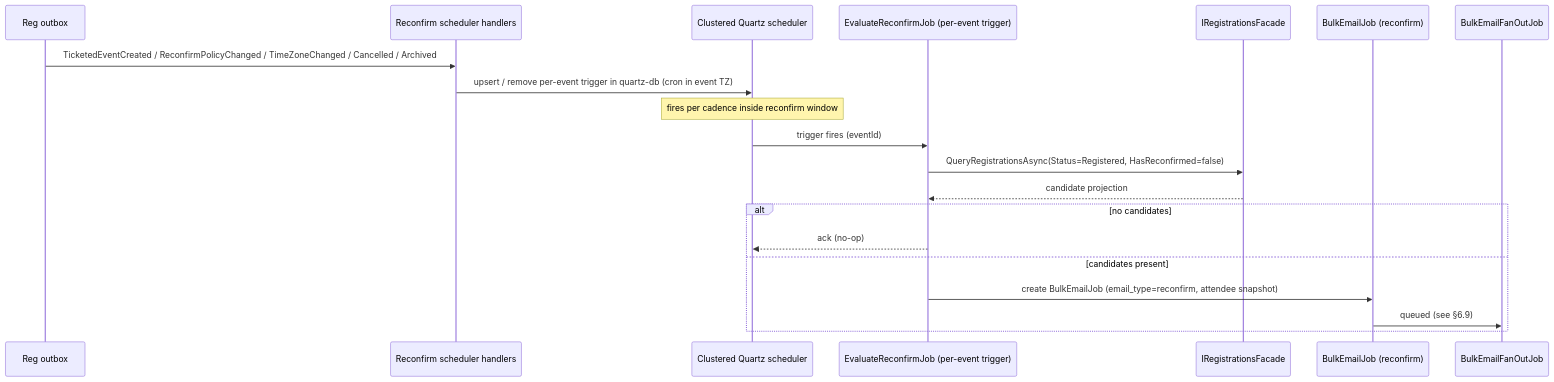
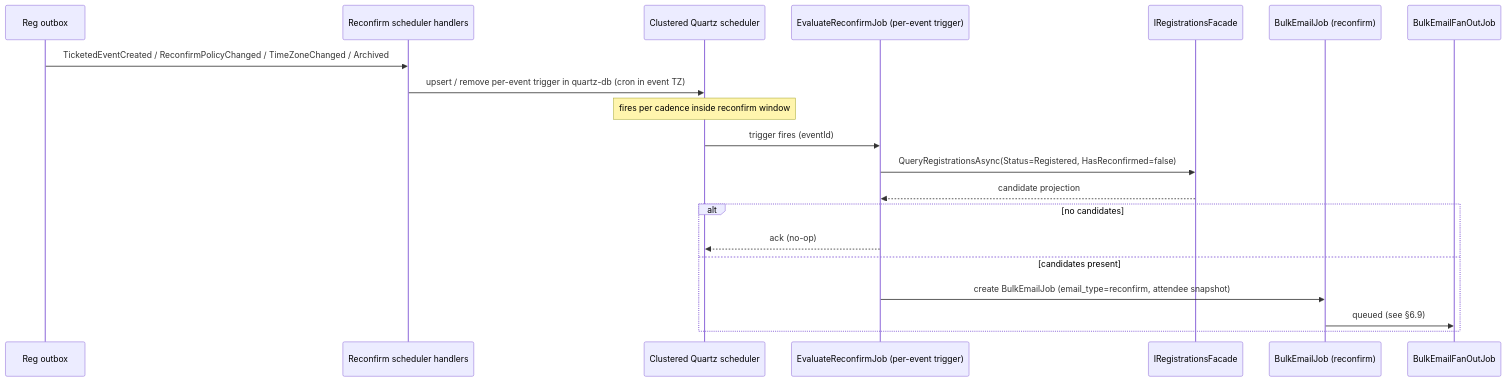
The ninth of 11 diagrams in docs/arc42/06-runtime-view.md (amolenk/Admitto), drawn with Mermaid before and after one commit. The commit also changed other lines of this file and 7 other files, not shown here.

````diff
--- a/docs/arc42/06-runtime-view.md
+++ b/docs/arc42/06-runtime-view.md
@@ -283,23 +283,23 @@
 ```mermaid
 sequenceDiagram
     participant RegOutbox as Reg outbox
     participant ReconfirmHandlers as Reconfirm scheduler handlers
     participant Quartz as Clustered Quartz scheduler
     participant Eval as EvaluateReconfirmJob (per-event trigger)
     participant Facade as IRegistrationsFacade
     participant Job as BulkEmailJob (reconfirm)
     participant FanOut as BulkEmailFanOutJob
 
-    RegOutbox->>ReconfirmHandlers: TicketedEventCreated / ReconfirmPolicyChanged / TimeZoneChanged / Cancelled / Archived
+    RegOutbox->>ReconfirmHandlers: TicketedEventCreated / ReconfirmPolicyChanged / TimeZoneChanged / Archived
     ReconfirmHandlers->>Quartz: upsert / remove per-event trigger in quartz-db (cron in event TZ)
     Note over Quartz: fires per cadence inside reconfirm window
     Quartz->>Eval: trigger fires (eventId)
     Eval->>Facade: QueryRegistrationsAsync(Status=Registered, HasReconfirmed=false)
     Facade-->>Eval: candidate projection
     alt no candidates
       Eval-->>Quartz: ack (no-op)
     else candidates present
       Eval->>Job: create BulkEmailJob (email_type=reconfirm, attendee snapshot)
       Job->>FanOut: queued (see §6.9)
     end
 ```
````
